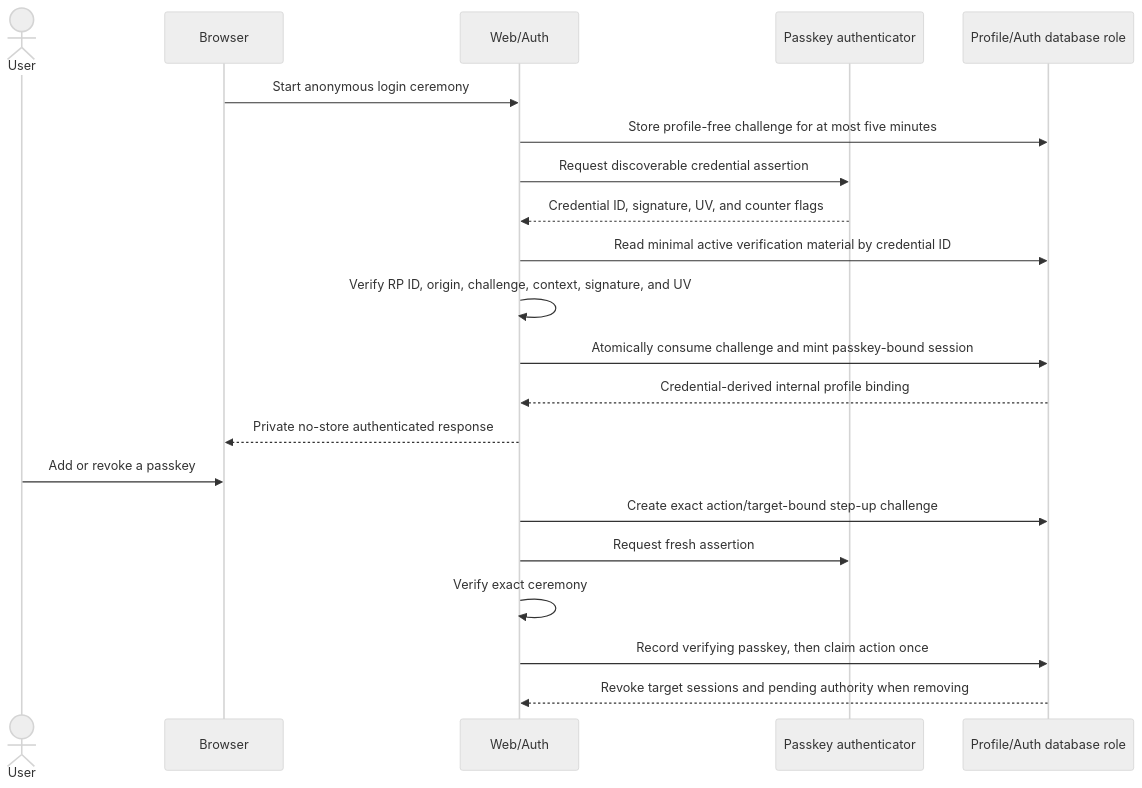
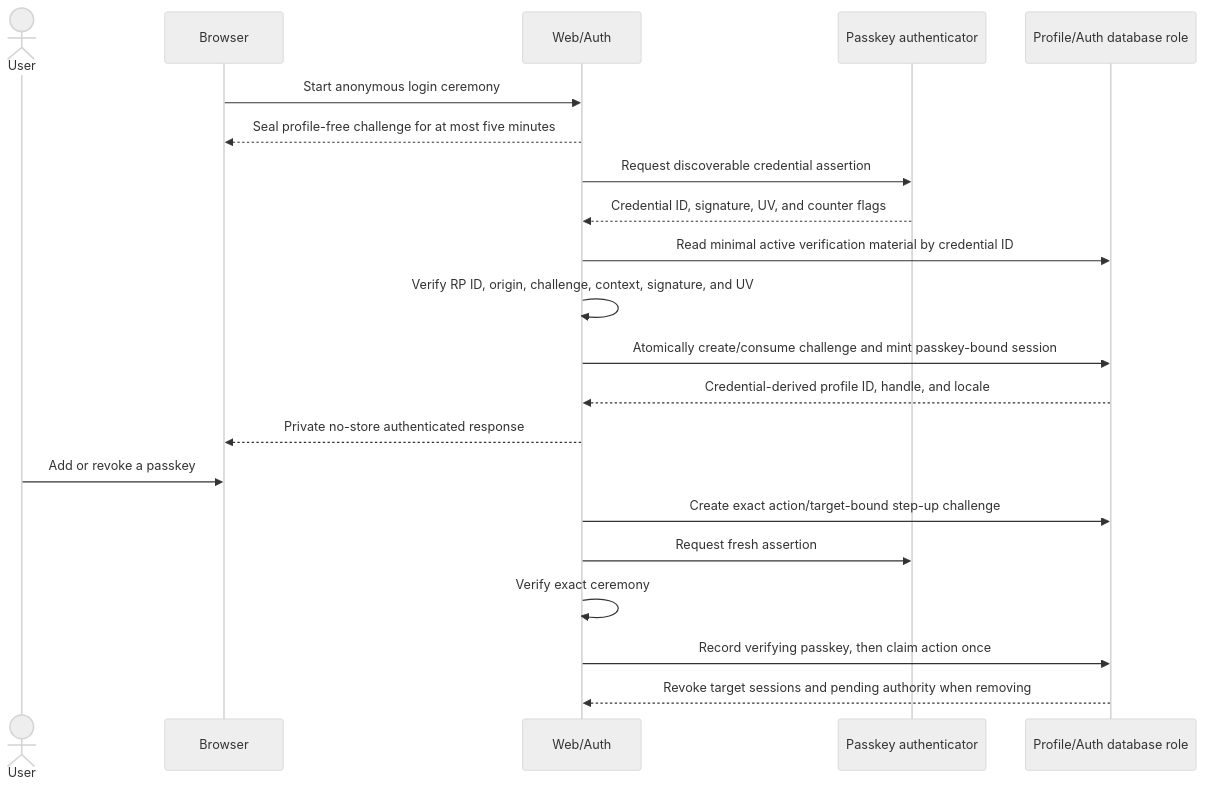
The second of 9 diagrams in docs/architecture/DATA_FLOW.md (Tah10n/viberacing), drawn with Mermaid (neutral theme) before and after one commit. The commit also changed other lines of this file and 45 other files, not shown here.

````diff
--- a/docs/architecture/DATA_FLOW.md
+++ b/docs/architecture/DATA_FLOW.md
@@ -93,25 +93,25 @@
 ```mermaid
 sequenceDiagram
   actor User
   participant Browser
   participant Web as Web/Auth
   participant Authenticator as Passkey authenticator
   participant DB as Profile/Auth database role
 
   Browser->>Web: Start anonymous login ceremony
-  Web->>DB: Store profile-free challenge for at most five minutes
+  Web-->>Browser: Seal profile-free challenge for at most five minutes
   Web->>Authenticator: Request discoverable credential assertion
   Authenticator-->>Web: Credential ID, signature, UV, and counter flags
   Web->>DB: Read minimal active verification material by credential ID
   Web->>Web: Verify RP ID, origin, challenge, context, signature, and UV
-  Web->>DB: Atomically consume challenge and mint passkey-bound session
-  DB-->>Web: Credential-derived internal profile binding
+  Web->>DB: Atomically create/consume challenge and mint passkey-bound session
+  DB-->>Web: Credential-derived profile ID, handle, and locale
   Web-->>Browser: Private no-store authenticated response
 
   User->>Browser: Add or revoke a passkey
   Web->>DB: Create exact action/target-bound step-up challenge
   Web->>Authenticator: Request fresh assertion
   Web->>Web: Verify exact ceremony
   Web->>DB: Record verifying passkey, then claim action once
   DB-->>Web: Revoke target sessions and pending authority when removing
 ```
````
